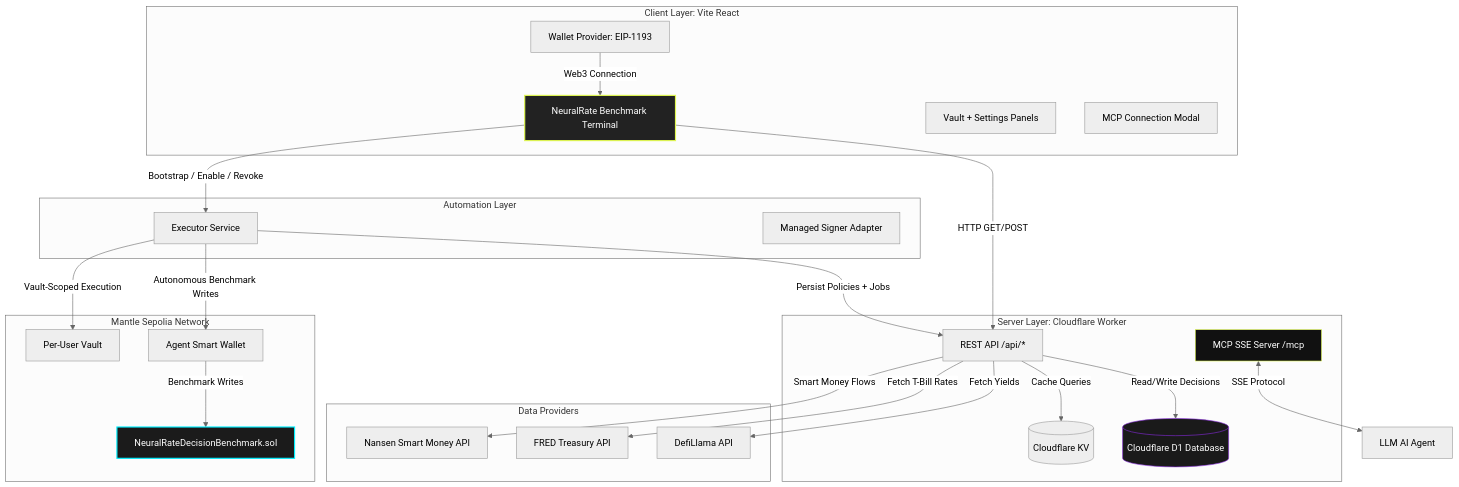
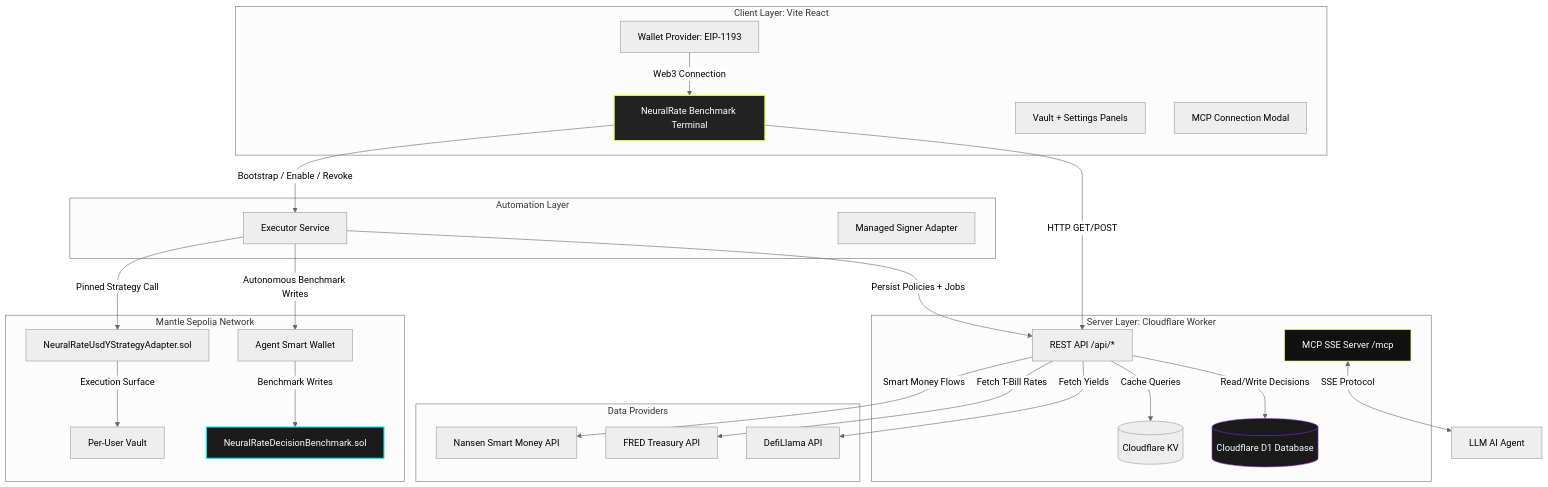
One commit to Lipe-lx/NeuralRate-MCP changed the diagram in docs/architecture.md. Above: the diagram before and after it, drawn with Mermaid (neutral theme). The commit also changed other lines of this file and 41 other files, not shown here.

First line of the commit message:
feat: implement NeuralRate USDY strategy adapter with execution planning and authorization

````diff
--- a/docs/architecture.md
+++ b/docs/architecture.md
@@ -16,55 +16,57 @@
 ```mermaid
 graph TB
     subgraph Frontend [Client Layer: Vite React]
         UI[NeuralRate Benchmark Terminal]
         WC[Wallet Provider: EIP-1193]
         VP[Vault + Settings Panels]
         MC[MCP Connection Modal]
     end
 
     subgraph Backend [Server Layer: Cloudflare Worker]
         API[REST API /api/*]
         MCP[MCP SSE Server /mcp]
         KV[(Cloudflare KV)]
         D1[(Cloudflare D1 Database)]
     end
 
     subgraph Executor [Automation Layer]
         EX[Executor Service]
         MS[Managed Signer Adapter]
     end
 
     subgraph External [Data Providers]
         DL[DefiLlama API]
         FR[FRED Treasury API]
         NS[Nansen Smart Money API]
     end
 
     subgraph Blockchain [Mantle Sepolia Network]
         SC[NeuralRateDecisionBenchmark.sol]
+        SA[NeuralRateUsdYStrategyAdapter.sol]
         USA[Per-User Vault]
         ASW[Agent Smart Wallet]
     end
 
     %% Interactions
     UI -->|HTTP GET/POST| API
     UI -->|Bootstrap / Enable / Revoke| EX
     WC -->|Web3 Connection| UI
     MCP <-->|SSE Protocol| Agent[LLM AI Agent]
     
     API -->|Read/Write Decisions| D1
     API -->|Cache Queries| KV
     EX -->|Persist Policies + Jobs| API
     EX -->|Autonomous Benchmark Writes| ASW
-    EX -->|Vault-Scoped Execution| USA
+    EX -->|Pinned Strategy Call| SA
+    SA -->|Execution Surface| USA
     ASW -->|Benchmark Writes| SC
     
     API -->|Fetch Yields| DL
     API -->|Fetch T-Bill Rates| FR
     API -->|Smart Money Flows| NS
 
     style UI fill:#222,stroke:#DFF651,stroke-width:2px,color:#fff
     style MCP fill:#111,stroke:#DFF651,stroke-width:1px,color:#fff
     style SC fill:#1b1b1b,stroke:#00F0FF,stroke-width:2px,color:#fff
     style D1 fill:#1a1a1a,stroke:#8A2BE2,stroke-width:1px,color:#fff
 ```
````
